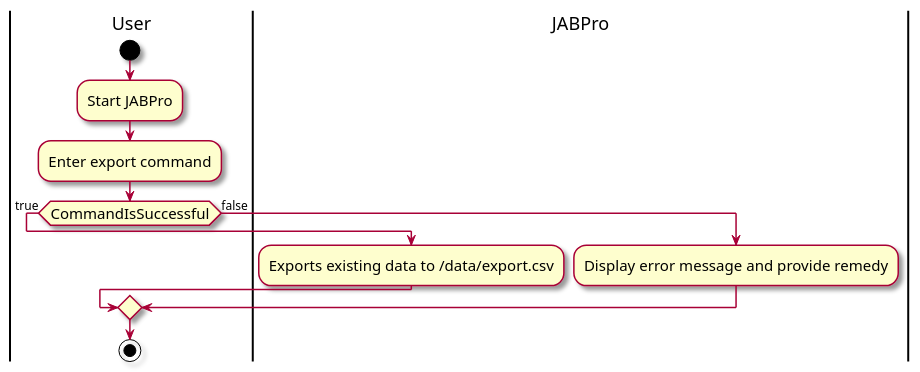
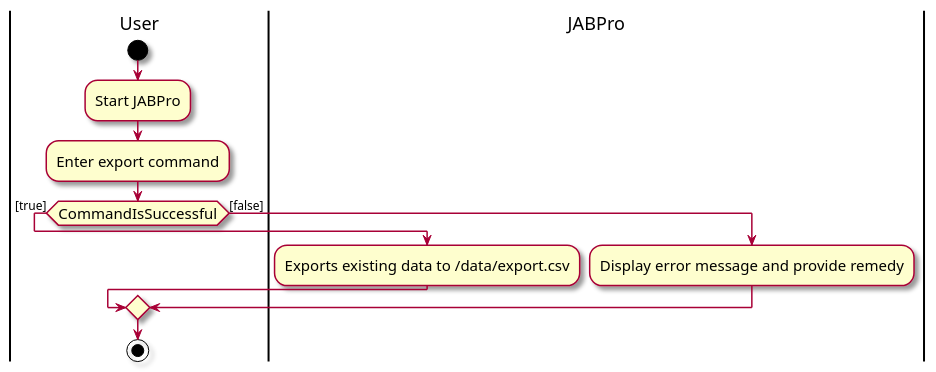
Before and after one commit to AY2324S1-CS2103T-W09-4/tp: the diagram in diagrams/ExportActivityDiagram.puml, drawn with PlantUML. The commit also changed 49 other files, not shown here.

```diff
--- a/diagrams/ExportActivityDiagram.puml
+++ b/diagrams/ExportActivityDiagram.puml
@@ -1,22 +1,25 @@
 @startuml
+skin rose
+skinparam ActivityFontSize 15
+skinparam ArrowFontSize 12
 'https://plantuml.com/activity-diagram-beta
 skin rose
 skinparam ActivityFontSize 15
 skinparam ArrowFontSize 12
 |User|
 start
 :Start JABPro;
 :Enter export command;
-if (CommandIsSuccessful) then (true)
+if (CommandIsSuccessful) then ([true])
   |JABPro|
   :Exports existing data to /data/export.csv;
-else (false)
+else ([false])
   |JABPro|
   :Display error message and provide remedy;
   |User|
 
 endif
 
 stop
 
 @enduml
```
